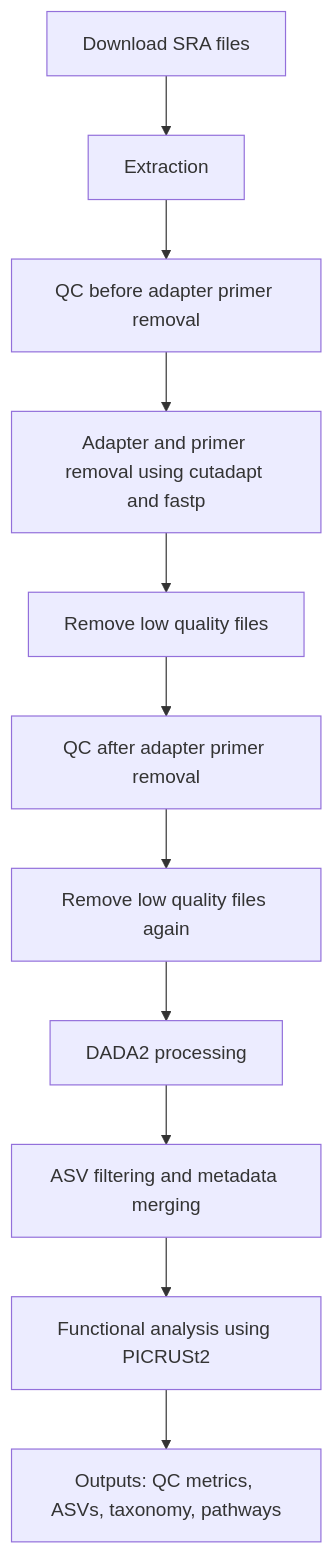
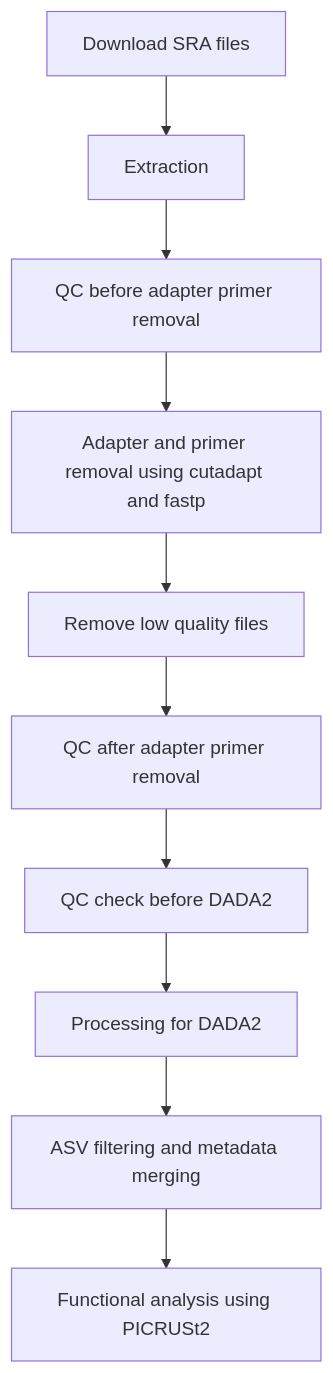
The diagram in FLOW-microbiome-16s-normal-scalp.md (jwchoi-derm-lab/microbiome-16s-normal-scalp), drawn with Mermaid before and after one commit. The commit also changed other lines of this file, not shown here.

Commit message:
Add workflow file

````diff
--- a/FLOW-microbiome-16s-normal-scalp.md
+++ b/FLOW-microbiome-16s-normal-scalp.md
@@ -23,14 +22,13 @@
 ```mermaid
 flowchart TD
     A[Download SRA files] --> B[Extraction]
     B --> C[QC before adapter primer removal]
     C --> D[Adapter and primer removal using cutadapt and fastp]
     D --> E[Remove low quality files]
     E --> F[QC after adapter primer removal]
-    F --> G[Remove low quality files again]
-    G --> H[DADA2 processing]
+    F --> G[QC check before DADA2]
+    G --> H[Processing for DADA2]
     H --> I[ASV filtering and metadata merging]
     I --> J[Functional analysis using PICRUSt2]
-    J --> K[Outputs: QC metrics, ASVs, taxonomy, pathways]
 
 ```
````
